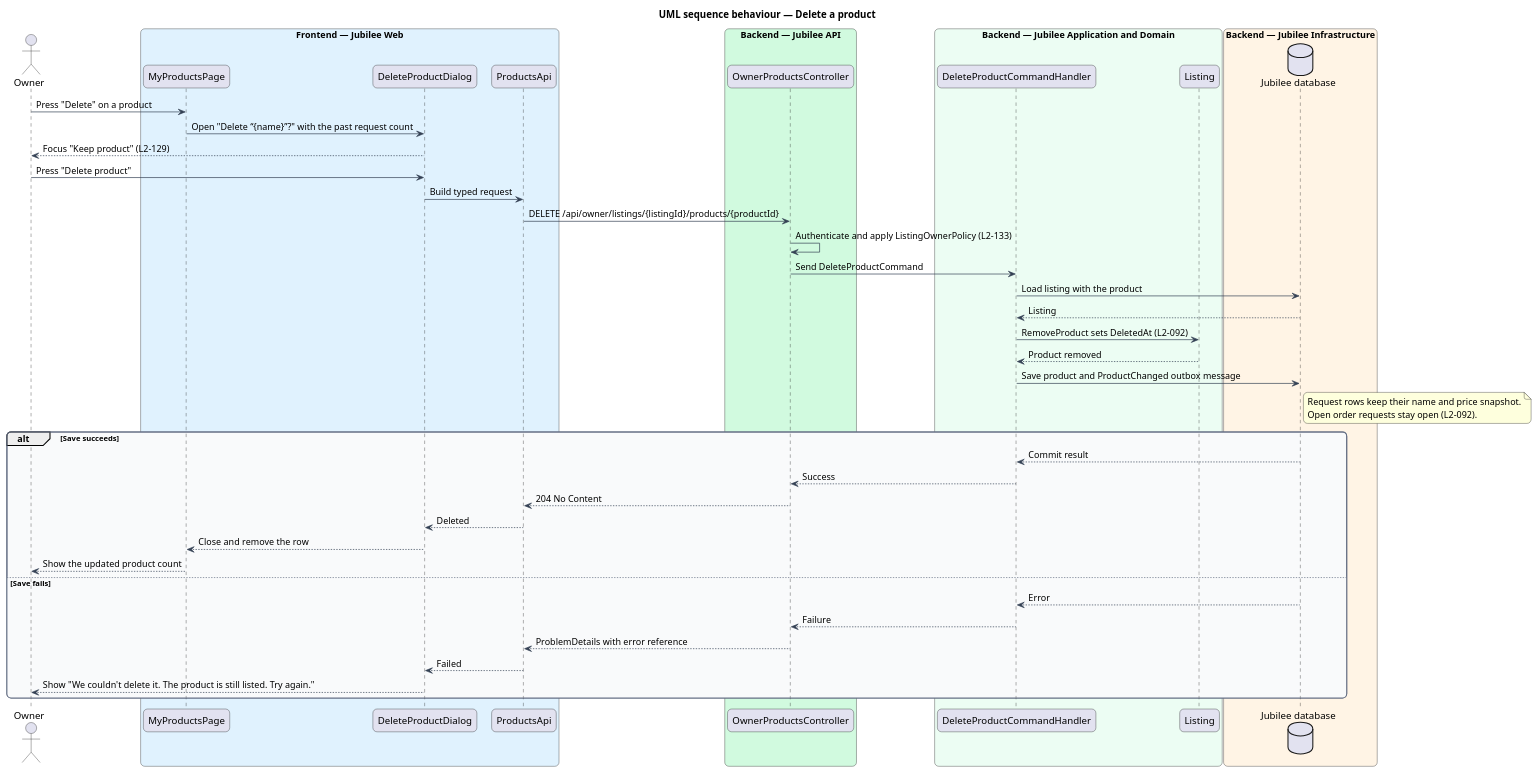
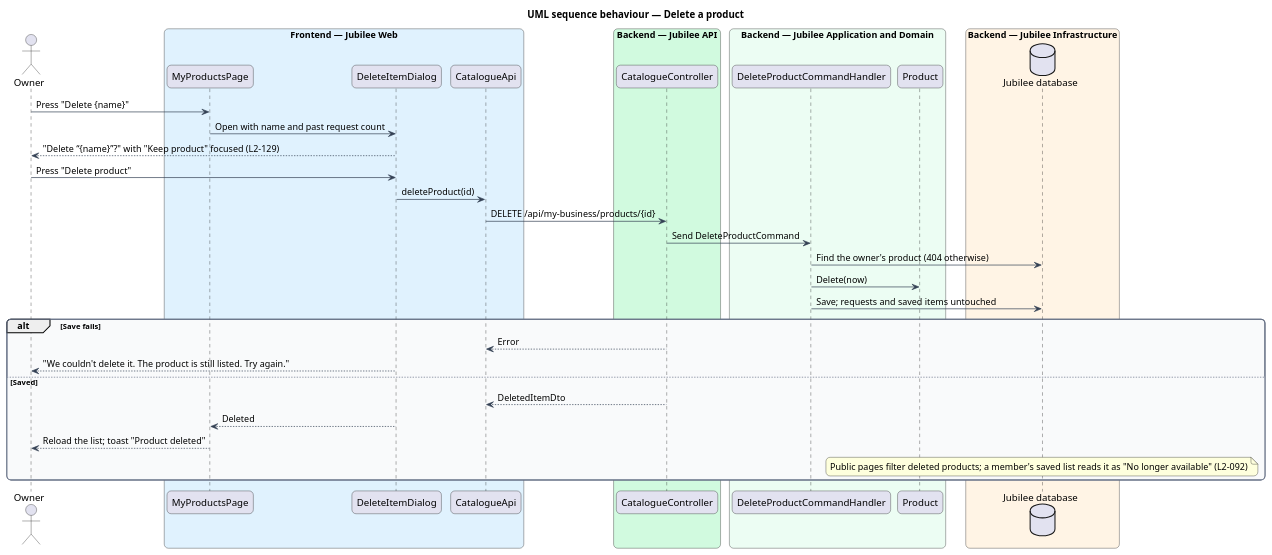
Before and after one commit to QuinntyneBrown/jubilee: the diagram in docs/detailed-designs/owner-workspace/manage-products/diagrams/sequence-delete-product.puml, drawn with PlantUML. The commit also changed 57 other files, not shown here.

```diff
--- a/docs/detailed-designs/owner-workspace/manage-products/diagrams/sequence-delete-product.puml
+++ b/docs/detailed-designs/owner-workspace/manage-products/diagrams/sequence-delete-product.puml
@@ -1,61 +1,52 @@
 @startuml
 title UML sequence behaviour — Delete a product
 skinparam backgroundColor #FFFFFF
 skinparam shadowing false
 skinparam roundcorner 12
 skinparam defaultFontName Arial
 skinparam ArrowColor #344054
 skinparam rectangle {
   BorderColor #344054
   FontColor #101828
 }
 skinparam package {
   BorderColor #667085
   FontColor #101828
   BackgroundColor #F9FAFB
 }
 actor "Owner" as actor
 box "Frontend — Jubilee Web" #E0F2FE
   participant "MyProductsPage" as page
-  participant "DeleteProductDialog" as dialog
-  participant "ProductsApi" as client
+  participant "DeleteItemDialog" as dialog
+  participant "CatalogueApi" as client
 end box
 box "Backend — Jubilee API" #D1FADF
-  participant "OwnerProductsController" as controller
+  participant "CatalogueController" as controller
 end box
 box "Backend — Jubilee Application and Domain" #ECFDF3
   participant "DeleteProductCommandHandler" as handler
-  participant "Listing" as entity
+  participant "Product" as entity
 end box
 box "Backend — Jubilee Infrastructure" #FFF4E5
   database "Jubilee database" as db
 end box
-actor -> page : Press "Delete" on a product
-page -> dialog : Open "Delete “{name}”?" with the past request count
-dialog --> actor : Focus "Keep product" (L2-129)
+actor -> page : Press "Delete {name}"
+page -> dialog : Open with name and past request count
+dialog --> actor : "Delete “{name}”?" with "Keep product" focused (L2-129)
 actor -> dialog : Press "Delete product"
-dialog -> client : Build typed request
-client -> controller : DELETE /api/owner/listings/{listingId}/products/{productId}
-controller -> controller : Authenticate and apply ListingOwnerPolicy (L2-133)
+dialog -> client : deleteProduct(id)
+client -> controller : DELETE /api/my-business/products/{id}
 controller -> handler : Send DeleteProductCommand
-handler -> db : Load listing with the product
-db --> handler : Listing
-handler -> entity : RemoveProduct sets DeletedAt (L2-092)
-entity --> handler : Product removed
-handler -> db : Save product and ProductChanged outbox message
-note right of db : Request rows keep their name and price snapshot.\nOpen order requests stay open (L2-092).
-alt Save succeeds
-  db --> handler : Commit result
-  handler --> controller : Success
-  controller --> client : 204 No Content
-  client --> dialog : Deleted
-  dialog --> page : Close and remove the row
-  page --> actor : Show the updated product count
-else Save fails
-  db --> handler : Error
-  handler --> controller : Failure
-  controller --> client : ProblemDetails with error reference
-  client --> dialog : Failed
-  dialog --> actor : Show "We couldn't delete it. The product is still listed. Try again."
+handler -> db : Find the owner's product (404 otherwise)
+handler -> entity : Delete(now)
+handler -> db : Save; requests and saved items untouched
+alt Save fails
+  controller --> client : Error
+  dialog --> actor : "We couldn't delete it. The product is still listed. Try again."
+else Saved
+  controller --> client : DeletedItemDto
+  dialog --> page : Deleted
+  page --> actor : Reload the list; toast "Product deleted"
+  note over db : Public pages filter deleted products; a member's saved list reads it as "No longer available" (L2-092)
 end
 @enduml
```
